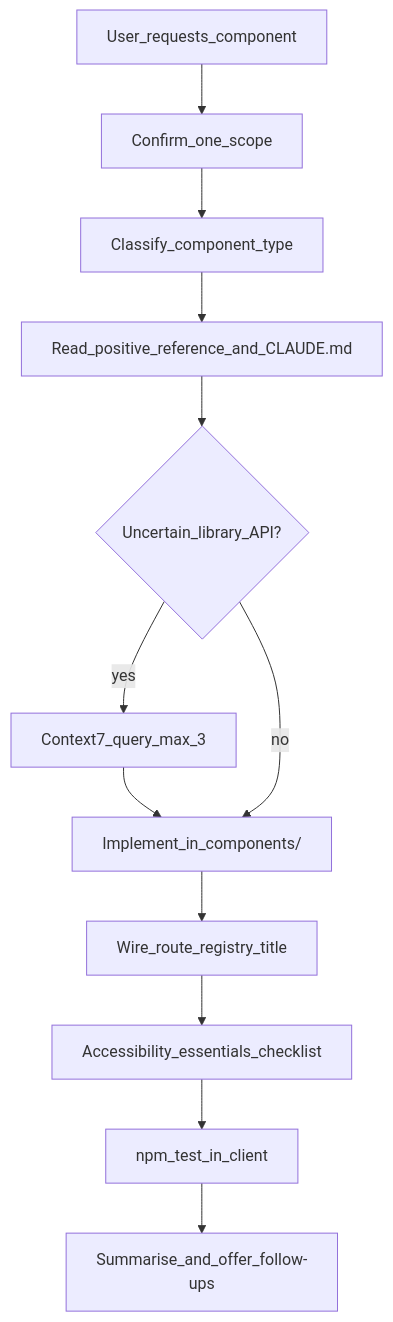
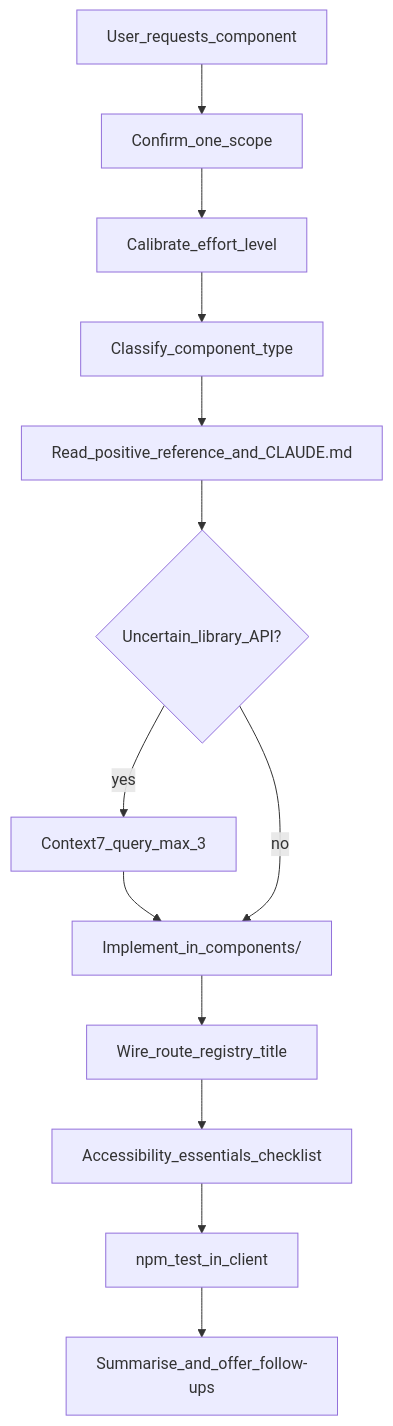
The second of 2 diagrams in .claude/skills/component-builder/SKILL.md (Collins1892/radar-practice), drawn with Mermaid before and after one commit. The commit also changed other lines of this file and 4 other files, not shown here.

````diff
--- a/.claude/skills/component-builder/SKILL.md
+++ b/.claude/skills/component-builder/SKILL.md
@@ -564,20 +564,21 @@
 ```mermaid
 flowchart TD
   trigger[User_requests_component]
   scope[Confirm_one_scope]
+  calibrate[Calibrate_effort_level]
   classify[Classify_component_type]
   read[Read_positive_reference_and_CLAUDE.md]
   context7{Uncertain_library_API?}
   docs[Context7_query_max_3]
   implement[Implement_in_components/]
   wire[Wire_route_registry_title]
   a11y[Accessibility_essentials_checklist]
   test[npm_test_in_client]
   done[Summarise_and_offer_follow-ups]
 
-  trigger --> scope --> classify --> read
+  trigger --> scope --> calibrate --> classify --> read
   read --> context7
   context7 -->|yes| docs --> implement
   context7 -->|no| implement
   implement --> wire --> a11y --> test --> done
 ```
````
